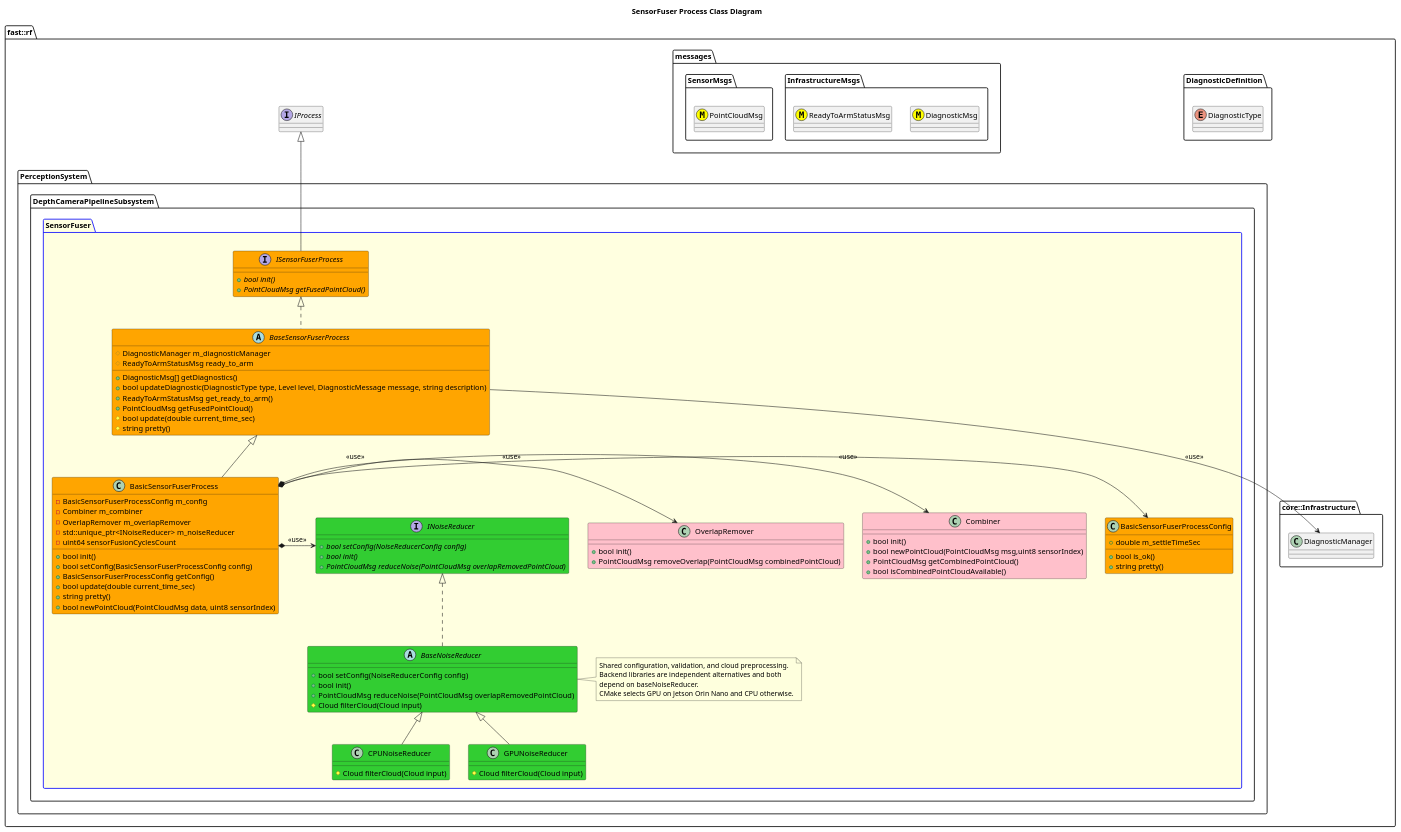
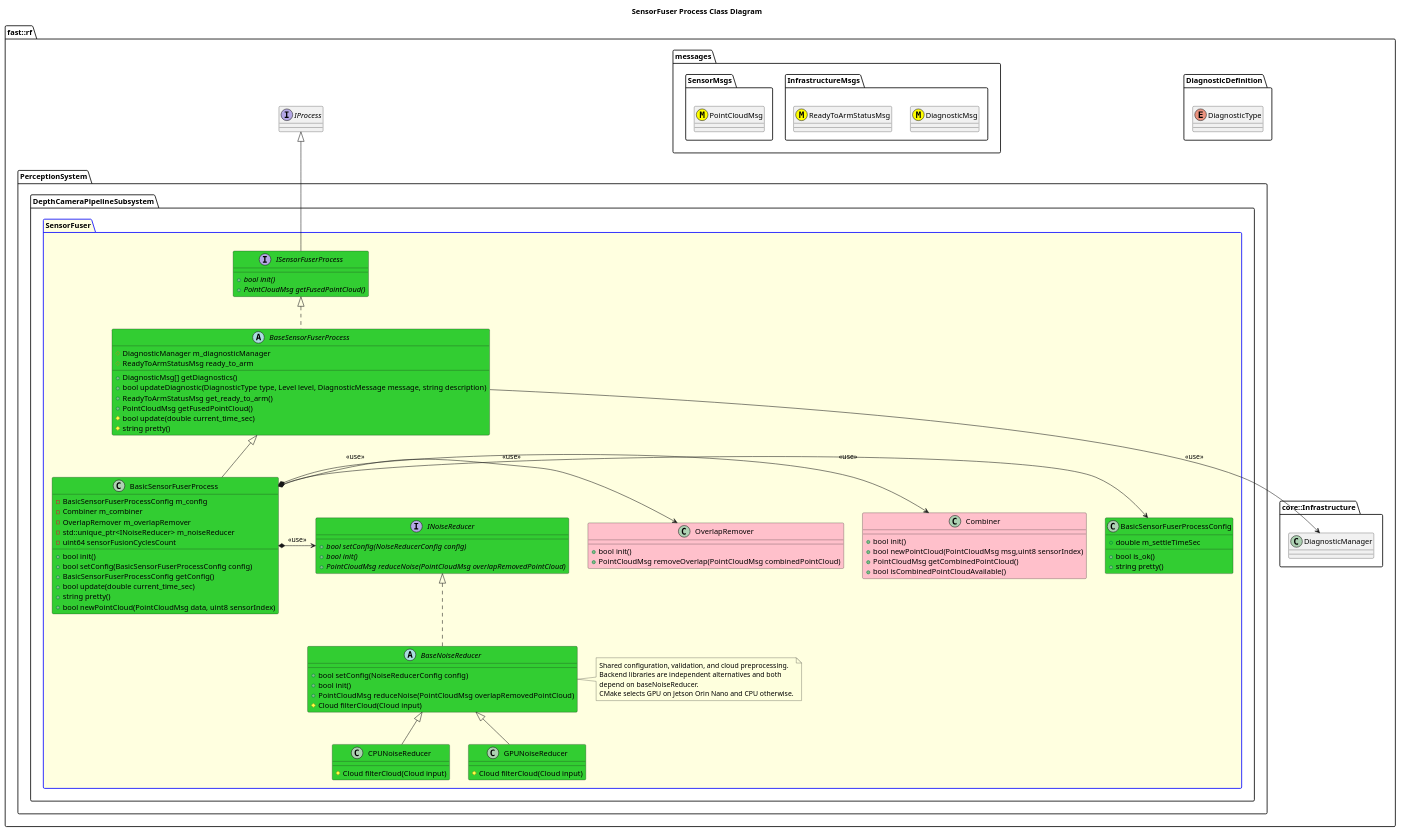
Before and after one commit to fastrobotics/robot_framework: the diagram in Systems/Perception/Subsystems/DepthCameraPipeline/Processes/SensorFuser/doc/puml/SensorFuserProcessClassDiagram.puml, drawn with PlantUML. The commit also changed 1 other file, not shown here.

```diff
--- a/Systems/Perception/Subsystems/DepthCameraPipeline/Processes/SensorFuser/doc/puml/SensorFuserProcessClassDiagram.puml
+++ b/Systems/Perception/Subsystems/DepthCameraPipeline/Processes/SensorFuser/doc/puml/SensorFuserProcessClassDiagram.puml
@@ -2,105 +2,105 @@
 @startuml
 title SensorFuser Process Class Diagram
 
 namespace fast::rf {
     namespace DiagnosticDefinition {
         enum DiagnosticType
     }
     namespace messages {
         namespace InfrastructureMsgs {
             class DiagnosticMsg <<(M,#FFFF00)>>
             class ReadyToArmStatusMsg <<(M,#FFFF00)>>
         }
         namespace SensorMsgs {
             class PointCloudMsg <<(M,#FFFF00)>>
         }
     }
     namespace core::Infrastructure {
         class DiagnosticManager
     }
     interface IProcess
     namespace PerceptionSystem {
         namespace DepthCameraPipelineSubsystem {
             package SensorFuser #LightYellow;line:blue {
                 class Combiner #Pink {
                     +bool init()
                     +bool newPointCloud(PointCloudMsg msg,uint8 sensorIndex)
                     +PointCloudMsg getCombinedPointCloud()
                     +bool isCombinedPointCloudAvailable()
                 }
                 class OverlapRemover #Pink {
                     +bool init()
                     +PointCloudMsg removeOverlap(PointCloudMsg combinedPointCloud)
                 }
                 interface INoiseReducer #LimeGreen {
                     +{abstract} bool setConfig(NoiseReducerConfig config)
                     +{abstract} bool init()
                     +{abstract} PointCloudMsg reduceNoise(PointCloudMsg overlapRemovedPointCloud)
                 }
                 abstract BaseNoiseReducer #LimeGreen {
                     +bool setConfig(NoiseReducerConfig config)
                     +bool init()
                     +PointCloudMsg reduceNoise(PointCloudMsg overlapRemovedPointCloud)
                     #Cloud filterCloud(Cloud input)
                 }
                 class CPUNoiseReducer #LimeGreen {
                     #Cloud filterCloud(Cloud input)
                 }
                 class GPUNoiseReducer #LimeGreen {
                     #Cloud filterCloud(Cloud input)
                 }
                 note right of BaseNoiseReducer
                     Shared configuration, validation, and cloud preprocessing.
                     Backend libraries are independent alternatives and both
                     depend on baseNoiseReducer.
                     CMake selects GPU on Jetson Orin Nano and CPU otherwise.
                 end note
                 BaseNoiseReducer .up.|> INoiseReducer
                 CPUNoiseReducer -up-|> BaseNoiseReducer
                 GPUNoiseReducer -up-|> BaseNoiseReducer
-                interface ISensorFuserProcess #Orange  {
+                interface ISensorFuserProcess #LimeGreen  {
                     +{abstract} bool init()
                     +{abstract} PointCloudMsg getFusedPointCloud()
                 }
                 ISensorFuserProcess -up-|> IProcess
-                abstract BaseSensorFuserProcess #Orange {
+                abstract BaseSensorFuserProcess #LimeGreen {
                     +DiagnosticMsg[] getDiagnostics()
                     +bool updateDiagnostic(DiagnosticType type, Level level, DiagnosticMessage message, string description)
                     +ReadyToArmStatusMsg get_ready_to_arm()
                     +PointCloudMsg getFusedPointCloud()
                     #bool update(double current_time_sec)
                     #string pretty()
                     #DiagnosticManager m_diagnosticManager
                     #ReadyToArmStatusMsg ready_to_arm
 
                 }
                 BaseSensorFuserProcess .up.|> ISensorFuserProcess
                 BaseSensorFuserProcess --> DiagnosticManager: <<use>>
-                class BasicSensorFuserProcessConfig #Orange {
+                class BasicSensorFuserProcessConfig #LimeGreen {
                     +bool is_ok()
                     +string pretty()
                     +double m_settleTimeSec
                 }
-                class BasicSensorFuserProcess #Orange {
+                class BasicSensorFuserProcess #LimeGreen {
                     +bool init()
                     +bool setConfig(BasicSensorFuserProcessConfig config)
                     +BasicSensorFuserProcessConfig getConfig()
                     +bool update(double current_time_sec)
                     +string pretty()
                     +bool newPointCloud(PointCloudMsg data, uint8 sensorIndex)
                     -BasicSensorFuserProcessConfig m_config
                     -Combiner m_combiner
                     -OverlapRemover m_overlapRemover
                     -std::unique_ptr<INoiseReducer> m_noiseReducer
                     -uint64 sensorFusionCyclesCount
                 }
                 BasicSensorFuserProcess -up-|> BaseSensorFuserProcess
                 BasicSensorFuserProcess *-> BasicSensorFuserProcessConfig: <<use>>
                 BasicSensorFuserProcess *-> Combiner: <<use>>
                 BasicSensorFuserProcess *-> OverlapRemover: <<use>>
                 BasicSensorFuserProcess *-> INoiseReducer: <<use>>
             }
         }
     }
 }
 @enduml
```
